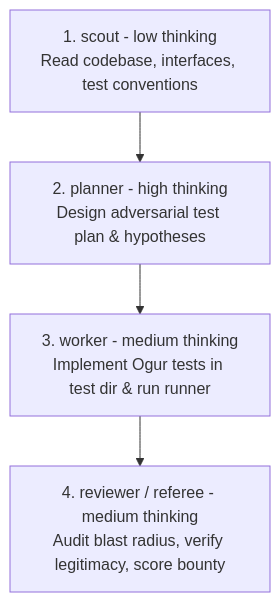
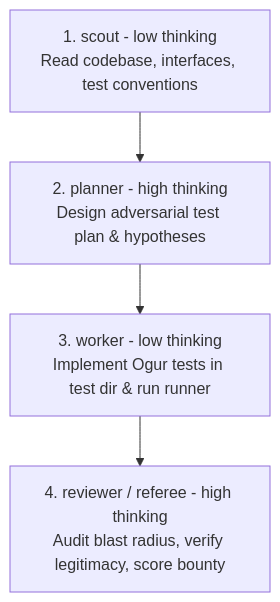
Before and after one commit to AtesIsf/agent-skills: the diagram in garv/SKILL.md, drawn with Mermaid. The commit also changed other lines of this file and 1 other file, not shown here.

Commit message:
tune(garv): recalibrate thinking levels to low for worker and high for referee

````diff
--- a/garv/SKILL.md
+++ b/garv/SKILL.md
@@ -30,6 +30,6 @@
 ```mermaid
 flowchart TD
     S1[1. scout - low thinking<br/>Read codebase, interfaces, test conventions] --> S2[2. planner - high thinking<br/>Design adversarial test plan & hypotheses]
-    S2 --> S3[3. worker - medium thinking<br/>Implement Ogur tests in test dir & run runner]
-    S3 --> S4[4. reviewer / referee - medium thinking<br/>Audit blast radius, verify legitimacy, score bounty]
+    S2 --> S3[3. worker - low thinking<br/>Implement Ogur tests in test dir & run runner]
+    S3 --> S4[4. reviewer / referee - high thinking<br/>Audit blast radius, verify legitimacy, score bounty]
 ```
````
